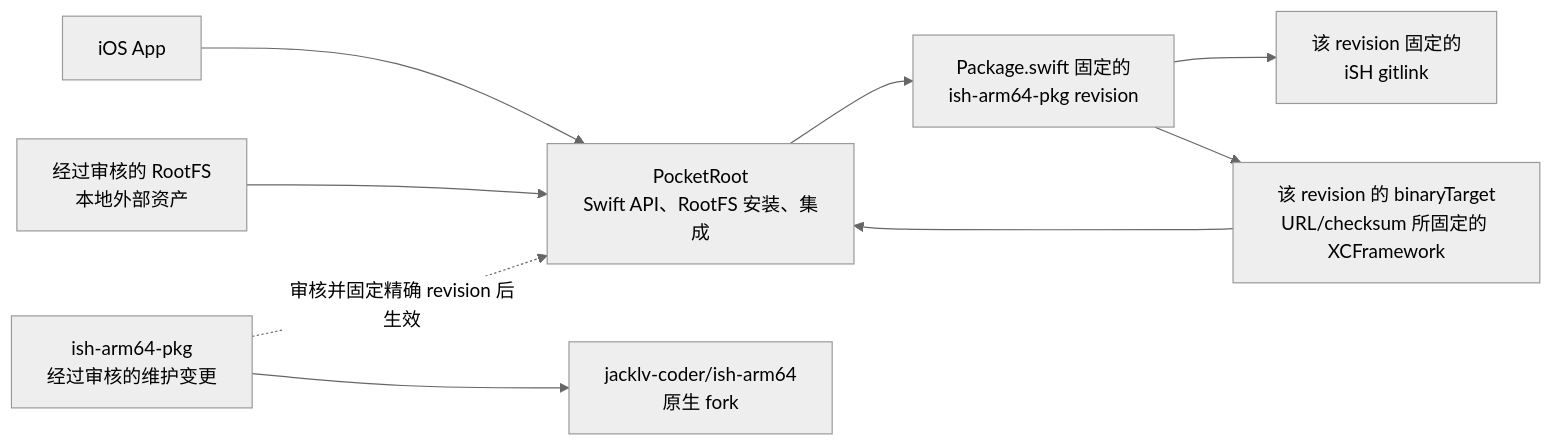
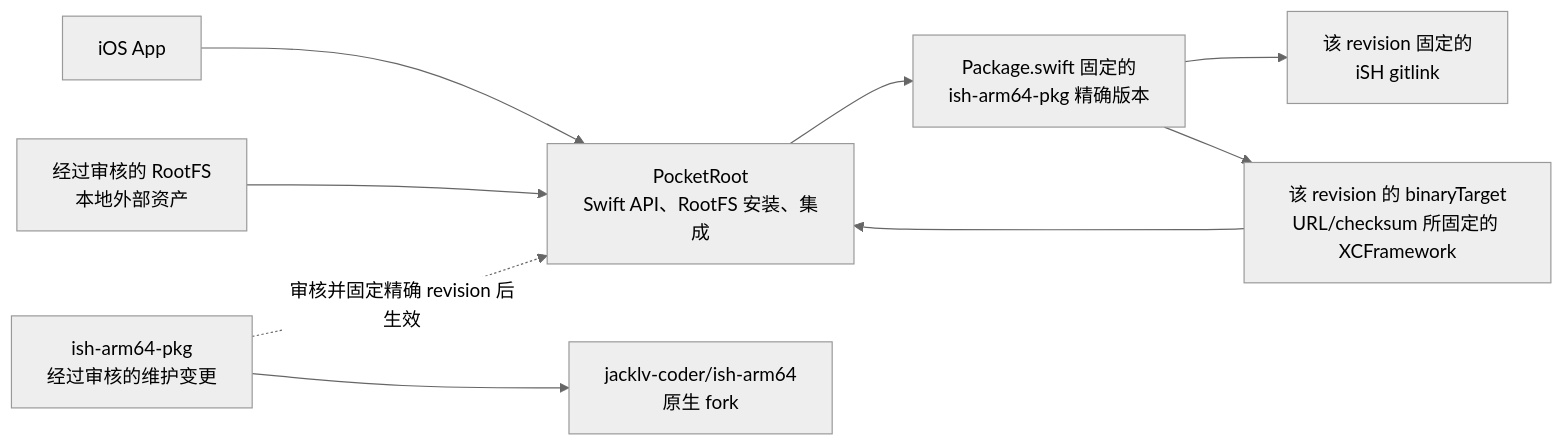
One commit to jacklv-coder/PocketRoot changed the first of 2 diagrams in Docs/TechnicalGuide.md. Above: the diagram before and after it, drawn with Mermaid (neutral theme). The commit also changed other lines of this file and 17 other files, not shown here.

````diff
--- a/Docs/TechnicalGuide.md
+++ b/Docs/TechnicalGuide.md
@@ -41,12 +41,12 @@
 ```mermaid
 flowchart LR
     App["iOS App"] --> PR["PocketRoot<br/>Swift API、RootFS 安装、集成"]
-    PR --> Pkg["Package.swift 固定的<br/>ish-arm64-pkg revision"]
+    PR --> Pkg["Package.swift 固定的<br/>ish-arm64-pkg 精确版本"]
     Pkg --> Native["该 revision 固定的<br/>iSH gitlink"]
     Pkg --> XC["该 revision 的 binaryTarget<br/>URL/checksum 所固定的 XCFramework"]
     XC --> PR
     RootFS["经过审核的 RootFS<br/>本地外部资产"] --> PR
 
     PkgFix["ish-arm64-pkg<br/>经过审核的维护变更"] --> NativeFork["jacklv-coder/ish-arm64<br/>原生 fork"]
     PkgFix -. "审核并固定精确 revision 后生效" .-> PR
 ```
````
